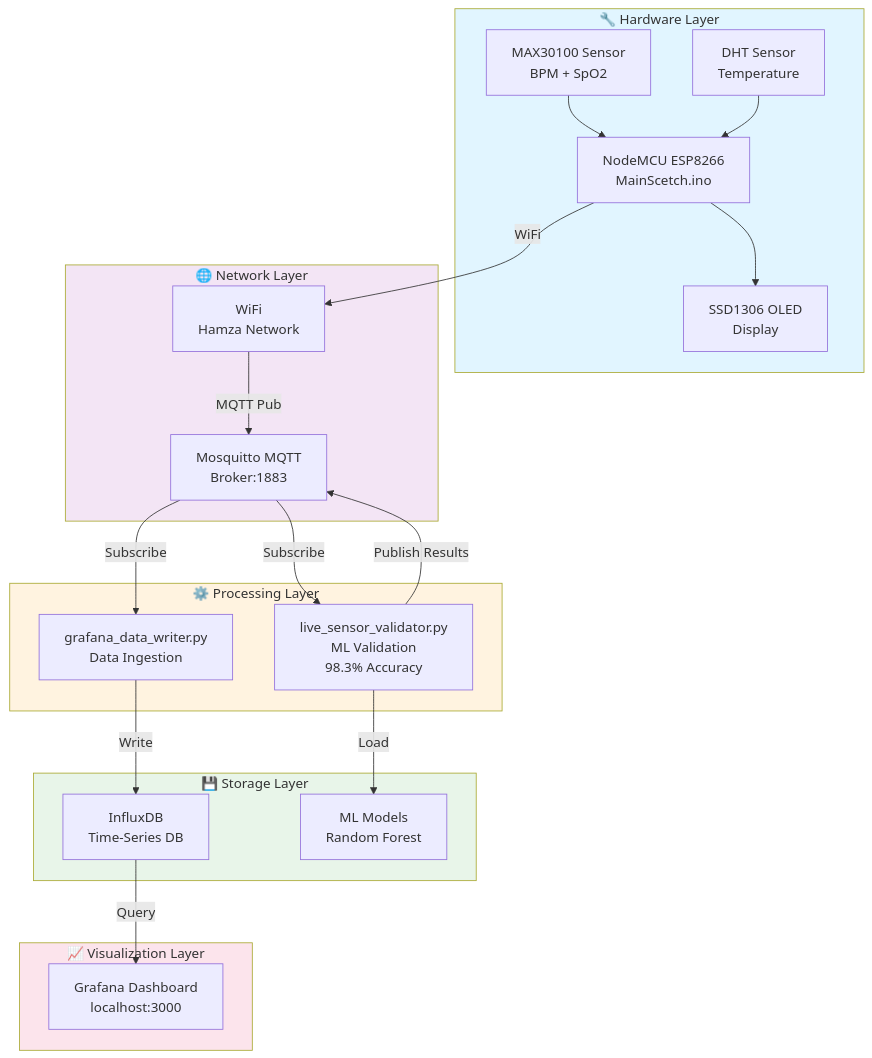
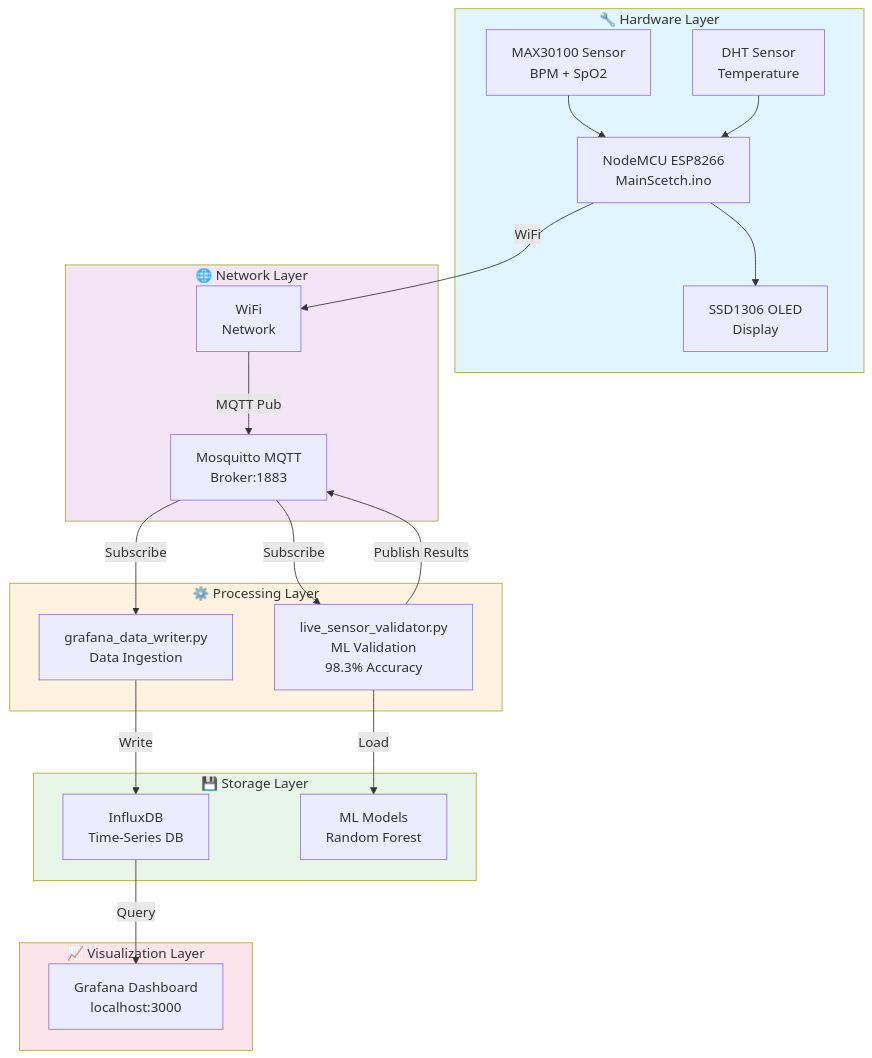
Before and after one commit to Emad-itbme/IoT-Health-Monitoring-System: the first of 3 diagrams in README.md, drawn with Mermaid.

````diff
--- a/README.md
+++ b/README.md
@@ -71,50 +71,50 @@
 ```mermaid
 graph TB
     subgraph Hardware["🔧 Hardware Layer"]
         NodeMCU["NodeMCU ESP8266<br/>MainScetch.ino"]
         MAX30100["MAX30100 Sensor<br/>BPM + SpO2"]
         DHT["DHT Sensor<br/>Temperature"]
         OLED["SSD1306 OLED<br/>Display"]
         
         MAX30100 --> NodeMCU
         DHT --> NodeMCU
         NodeMCU --> OLED
     end
     
     subgraph Network["🌐 Network Layer"]
-        WiFi["WiFi<br/>Hamza Network"]
+        WiFi["WiFi<br/> Network"]
         MQTT["Mosquitto MQTT<br/>Broker:1883"]
         
         NodeMCU -->|WiFi| WiFi
         WiFi -->|MQTT Pub| MQTT
     end
     
     subgraph Processing["⚙️ Processing Layer"]
         Validator["live_sensor_validator.py<br/>ML Validation<br/>98.3% Accuracy"]
         Writer["grafana_data_writer.py<br/>Data Ingestion"]
         
         MQTT -->|Subscribe| Validator
         Validator -->|Publish Results| MQTT
         MQTT -->|Subscribe| Writer
     end
     
     subgraph Storage["💾 Storage Layer"]
         InfluxDB["InfluxDB<br/>Time-Series DB"]
         Models["ML Models<br/>Random Forest"]
         
         Writer -->|Write| InfluxDB
         Validator -->|Load| Models
     end
     
     subgraph Visualization["📈 Visualization Layer"]
         Grafana["Grafana Dashboard<br/>localhost:3000"]
         
         InfluxDB -->|Query| Grafana
     end
     
     style Hardware fill:#e1f5ff
     style Network fill:#f3e5f5
     style Processing fill:#fff3e0
     style Storage fill:#e8f5e9
     style Visualization fill:#fce4ec
 ```
````
